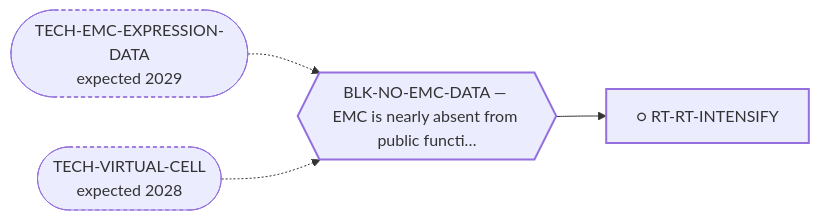
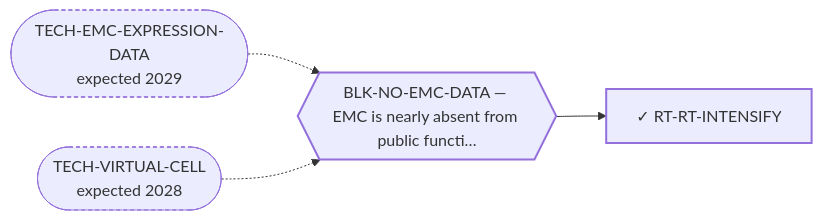
The diagram in systems/views/L2-rt-rt-intensify.md (trimcrae/Rare-cancers), drawn with Mermaid before and after one commit. The commit also changed other lines of this file and 13 other files, not shown here.

````diff
--- a/systems/views/L2-rt-rt-intensify.md
+++ b/systems/views/L2-rt-rt-intensify.md
@@ -27,14 +27,14 @@
 ```mermaid
 flowchart LR
-  RT_RT_INTENSIFY["○ RT-RT-INTENSIFY"]:::fam
+  RT_RT_INTENSIFY["✓ RT-RT-INTENSIFY"]:::fam
   BLK_NO_EMC_DATA{{"BLK-NO-EMC-DATA — EMC is nearly absent from public functi…"}}:::blk
   BLK_NO_EMC_DATA --> RT_RT_INTENSIFY
   TECH_EMC_EXPRESSION_DATA(["TECH-EMC-EXPRESSION-DATA<br/>expected 2029"]):::tech
   TECH_EMC_EXPRESSION_DATA -.-> BLK_NO_EMC_DATA
   TECH_VIRTUAL_CELL(["TECH-VIRTUAL-CELL<br/>expected 2028"]):::tech
   TECH_VIRTUAL_CELL -.-> BLK_NO_EMC_DATA
   classDef fam stroke-width:2px;
   classDef blk stroke-width:2px;
   classDef perm stroke-width:4px;
   classDef tech stroke-width:1px,stroke-dasharray:4 3;
 ```
````
